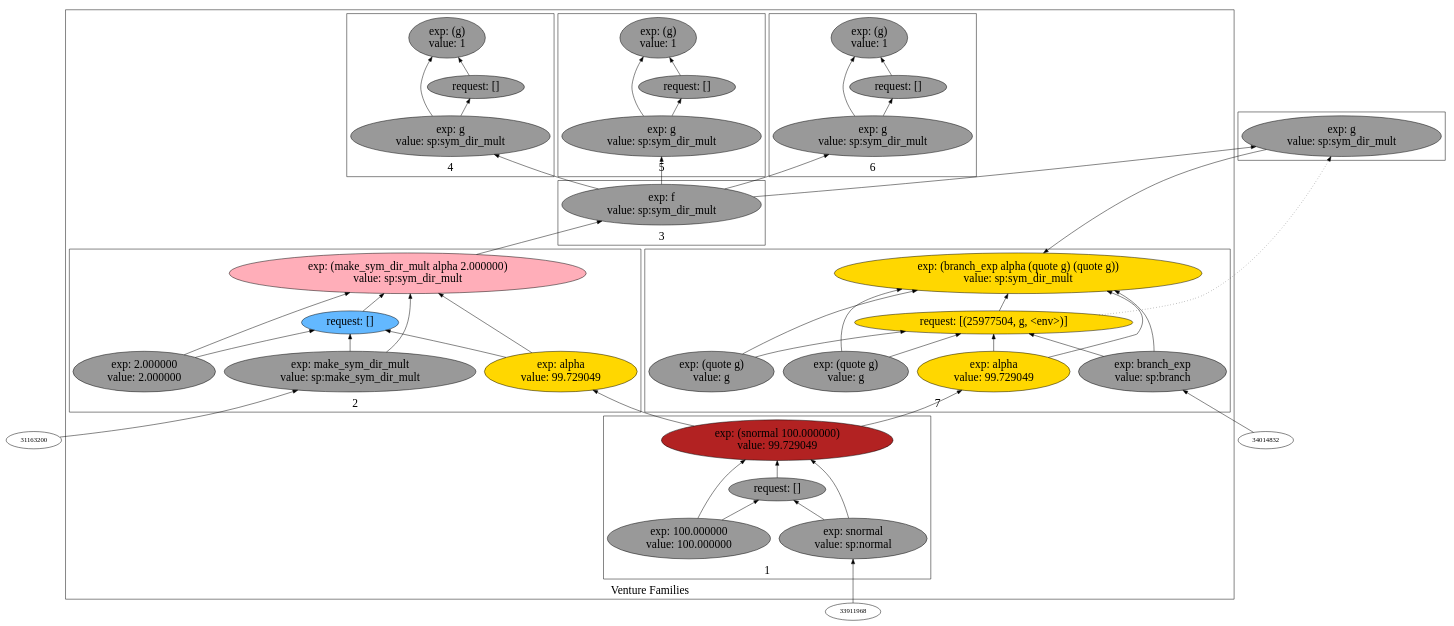
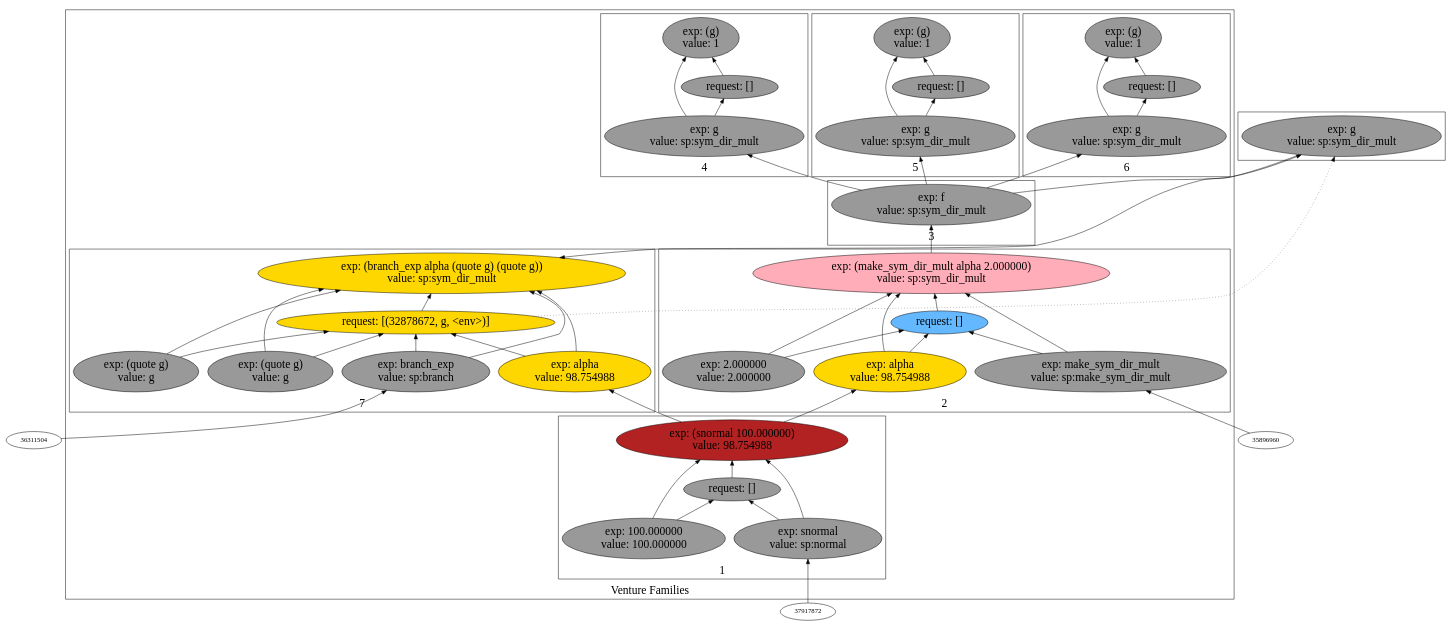
The diagram in backend/cxx/pdf_graphs/aaa_challenge_with_aaa/dot5.dot (probcomp/Venturecxx), drawn with Graphviz before and after one commit. The commit also changed 318 other files, not shown here.

```diff
--- a/backend/cxx/pdf_graphs/aaa_challenge_with_aaa/dot5.dot
+++ b/backend/cxx/pdf_graphs/aaa_challenge_with_aaa/dot5.dot
@@ -5,105 +5,105 @@
 label="Venture Families"
 subgraph cluster2 {
 label="1"
-"28401456"["fillcolor"="firebrick" "fontsize"="24" "label"="exp: (snormal 100.000000)\nvalue: 99.729049" "shape"="ellipse" "style"="filled" ]
-"32595744"["fillcolor"="grey60" "fontsize"="24" "label"="request: []" "shape"="ellipse" "style"="filled" ]
-"31197024"["fillcolor"="grey60" "fontsize"="24" "label"="exp: snormal\nvalue: sp:normal" "shape"="ellipse" "style"="filled" ]
-"33146560"["fillcolor"="grey60" "fontsize"="24" "label"="exp: 100.000000\nvalue: 100.000000" "shape"="ellipse" "style"="filled" ]
+"37356800"["fillcolor"="firebrick" "fontsize"="24" "label"="exp: (snormal 100.000000)\nvalue: 98.754988" "shape"="ellipse" "style"="filled" ]
+"38779248"["fillcolor"="grey60" "fontsize"="24" "label"="request: []" "shape"="ellipse" "style"="filled" ]
+"37253632"["fillcolor"="grey60" "fontsize"="24" "label"="exp: snormal\nvalue: sp:normal" "shape"="ellipse" "style"="filled" ]
+"31215360"["fillcolor"="grey60" "fontsize"="24" "label"="exp: 100.000000\nvalue: 100.000000" "shape"="ellipse" "style"="filled" ]
 }
 
 subgraph cluster3 {
 label="2"
-"26832768"["fillcolor"="lightpink1" "fontsize"="24" "label"="exp: (make_sym_dir_mult alpha 2.000000)\nvalue: sp:sym_dir_mult" "shape"="ellipse" "style"="filled" ]
-"31366272"["fillcolor"="steelblue1" "fontsize"="24" "label"="request: []" "shape"="ellipse" "style"="filled" ]
-"32104320"["fillcolor"="grey60" "fontsize"="24" "label"="exp: make_sym_dir_mult\nvalue: sp:make_sym_dir_mult" "shape"="ellipse" "style"="filled" ]
-"26343136"["fillcolor"="gold" "fontsize"="24" "label"="exp: alpha\nvalue: 99.729049" "shape"="ellipse" "style"="filled" ]
-"26820352"["fillcolor"="grey60" "fontsize"="24" "label"="exp: 2.000000\nvalue: 2.000000" "shape"="ellipse" "style"="filled" ]
+"37497584"["fillcolor"="lightpink1" "fontsize"="24" "label"="exp: (make_sym_dir_mult alpha 2.000000)\nvalue: sp:sym_dir_mult" "shape"="ellipse" "style"="filled" ]
+"36008416"["fillcolor"="steelblue1" "fontsize"="24" "label"="request: []" "shape"="ellipse" "style"="filled" ]
+"35758960"["fillcolor"="grey60" "fontsize"="24" "label"="exp: make_sym_dir_mult\nvalue: sp:make_sym_dir_mult" "shape"="ellipse" "style"="filled" ]
+"32504208"["fillcolor"="gold" "fontsize"="24" "label"="exp: alpha\nvalue: 98.754988" "shape"="ellipse" "style"="filled" ]
+"32794384"["fillcolor"="grey60" "fontsize"="24" "label"="exp: 2.000000\nvalue: 2.000000" "shape"="ellipse" "style"="filled" ]
 }
 
 subgraph cluster4 {
 label="3"
-"25906208"["fillcolor"="grey60" "fontsize"="24" "label"="exp: f\nvalue: sp:sym_dir_mult" "shape"="ellipse" "style"="filled" ]
+"31227776"["fillcolor"="grey60" "fontsize"="24" "label"="exp: f\nvalue: sp:sym_dir_mult" "shape"="ellipse" "style"="filled" ]
 }
 
 subgraph cluster5 {
 label="4"
-"26078976"["fillcolor"="grey60" "fontsize"="24" "label"="exp: (g)\nvalue: 1" "shape"="ellipse" "style"="filled" ]
-"27825008"["fillcolor"="grey60" "fontsize"="24" "label"="request: []" "shape"="ellipse" "style"="filled" ]
-"26358576"["fillcolor"="grey60" "fontsize"="24" "label"="exp: g\nvalue: sp:sym_dir_mult" "shape"="ellipse" "style"="filled" ]
+"34163504"["fillcolor"="grey60" "fontsize"="24" "label"="exp: (g)\nvalue: 1" "shape"="ellipse" "style"="filled" ]
+"32454352"["fillcolor"="grey60" "fontsize"="24" "label"="request: []" "shape"="ellipse" "style"="filled" ]
+"34460816"["fillcolor"="grey60" "fontsize"="24" "label"="exp: g\nvalue: sp:sym_dir_mult" "shape"="ellipse" "style"="filled" ]
 }
 
 subgraph cluster6 {
 label="5"
-"28485744"["fillcolor"="grey60" "fontsize"="24" "label"="exp: (g)\nvalue: 1" "shape"="ellipse" "style"="filled" ]
-"26830576"["fillcolor"="grey60" "fontsize"="24" "label"="request: []" "shape"="ellipse" "style"="filled" ]
-"26620336"["fillcolor"="grey60" "fontsize"="24" "label"="exp: g\nvalue: sp:sym_dir_mult" "shape"="ellipse" "style"="filled" ]
+"34491664"["fillcolor"="grey60" "fontsize"="24" "label"="exp: (g)\nvalue: 1" "shape"="ellipse" "style"="filled" ]
+"31841312"["fillcolor"="grey60" "fontsize"="24" "label"="request: []" "shape"="ellipse" "style"="filled" ]
+"31959104"["fillcolor"="grey60" "fontsize"="24" "label"="exp: g\nvalue: sp:sym_dir_mult" "shape"="ellipse" "style"="filled" ]
 }
 
 subgraph cluster7 {
 label="6"
-"29399760"["fillcolor"="grey60" "fontsize"="24" "label"="exp: (g)\nvalue: 1" "shape"="ellipse" "style"="filled" ]
-"27353328"["fillcolor"="grey60" "fontsize"="24" "label"="request: []" "shape"="ellipse" "style"="filled" ]
-"28957120"["fillcolor"="grey60" "fontsize"="24" "label"="exp: g\nvalue: sp:sym_dir_mult" "shape"="ellipse" "style"="filled" ]
+"32219424"["fillcolor"="grey60" "fontsize"="24" "label"="exp: (g)\nvalue: 1" "shape"="ellipse" "style"="filled" ]
+"30766480"["fillcolor"="grey60" "fontsize"="24" "label"="request: []" "shape"="ellipse" "style"="filled" ]
+"30473984"["fillcolor"="grey60" "fontsize"="24" "label"="exp: g\nvalue: sp:sym_dir_mult" "shape"="ellipse" "style"="filled" ]
 }
 
 subgraph cluster8 {
 label="7"
-"29327632"["fillcolor"="gold" "fontsize"="24" "label"="exp: (branch_exp alpha (quote g) (quote g))\nvalue: sp:sym_dir_mult" "shape"="ellipse" "style"="filled" ]
-"25977504"["fillcolor"="gold" "fontsize"="24" "label"="request: [(25977504, g, <env>)]" "shape"="ellipse" "style"="filled" ]
-"29359040"["fillcolor"="grey60" "fontsize"="24" "label"="exp: branch_exp\nvalue: sp:branch" "shape"="ellipse" "style"="filled" ]
-"30137280"["fillcolor"="gold" "fontsize"="24" "label"="exp: alpha\nvalue: 99.729049" "shape"="ellipse" "style"="filled" ]
-"30136448"["fillcolor"="grey60" "fontsize"="24" "label"="exp: (quote g)\nvalue: g" "shape"="ellipse" "style"="filled" ]
-"31805840"["fillcolor"="grey60" "fontsize"="24" "label"="exp: (quote g)\nvalue: g" "shape"="ellipse" "style"="filled" ]
+"31015344"["fillcolor"="gold" "fontsize"="24" "label"="exp: (branch_exp alpha (quote g) (quote g))\nvalue: sp:sym_dir_mult" "shape"="ellipse" "style"="filled" ]
+"32878672"["fillcolor"="gold" "fontsize"="24" "label"="request: [(32878672, g, <env>)]" "shape"="ellipse" "style"="filled" ]
+"31225584"["fillcolor"="grey60" "fontsize"="24" "label"="exp: branch_exp\nvalue: sp:branch" "shape"="ellipse" "style"="filled" ]
+"30372512"["fillcolor"="gold" "fontsize"="24" "label"="exp: alpha\nvalue: 98.754988" "shape"="ellipse" "style"="filled" ]
+"33378608"["fillcolor"="grey60" "fontsize"="24" "label"="exp: (quote g)\nvalue: g" "shape"="ellipse" "style"="filled" ]
+"32496912"["fillcolor"="grey60" "fontsize"="24" "label"="exp: (quote g)\nvalue: g" "shape"="ellipse" "style"="filled" ]
 }
 
 }
 
 subgraph cluster9 {
 label=""
-"24384944"["fillcolor"="grey60" "fontsize"="24" "label"="exp: g\nvalue: sp:sym_dir_mult" "shape"="ellipse" "style"="filled" ]
+"33795600"["fillcolor"="grey60" "fontsize"="24" "label"="exp: g\nvalue: sp:sym_dir_mult" "shape"="ellipse" "style"="filled" ]
 }
 
-"25906208" -> "24384944"["arrowhead"="normal" "color"="black" "constraint"="true" "style"="solid" ]
-"26832768" -> "25906208"["arrowhead"="normal" "color"="black" "constraint"="true" "style"="solid" ]
-"26358576" -> "26078976"["arrowhead"="normal" "color"="black" "constraint"="true" "style"="solid" ]
-"26358576" -> "27825008"["arrowhead"="normal" "color"="black" "constraint"="true" "style"="solid" ]
-"25906208" -> "26358576"["arrowhead"="normal" "color"="black" "constraint"="true" "style"="solid" ]
-"27825008" -> "26078976"["arrowhead"="normal" "color"="black" "constraint"="true" "style"="solid" ]
-"32104320" -> "26832768"["arrowhead"="normal" "color"="black" "constraint"="true" "style"="solid" ]
-"32104320" -> "31366272"["arrowhead"="normal" "color"="black" "constraint"="true" "style"="solid" ]
-"31163200" -> "32104320"["arrowhead"="normal" "color"="black" "constraint"="true" "style"="solid" ]
-"26343136" -> "26832768"["arrowhead"="normal" "color"="black" "constraint"="true" "style"="solid" ]
-"26343136" -> "31366272"["arrowhead"="normal" "color"="black" "constraint"="true" "style"="solid" ]
-"28401456" -> "26343136"["arrowhead"="normal" "color"="black" "constraint"="true" "style"="solid" ]
-"26820352" -> "26832768"["arrowhead"="normal" "color"="black" "constraint"="true" "style"="solid" ]
-"26820352" -> "31366272"["arrowhead"="normal" "color"="black" "constraint"="true" "style"="solid" ]
-"31366272" -> "26832768"["arrowhead"="normal" "color"="black" "constraint"="true" "style"="solid" ]
-"31197024" -> "28401456"["arrowhead"="normal" "color"="black" "constraint"="true" "style"="solid" ]
-"31197024" -> "32595744"["arrowhead"="normal" "color"="black" "constraint"="true" "style"="solid" ]
-"33911968" -> "31197024"["arrowhead"="normal" "color"="black" "constraint"="true" "style"="solid" ]
-"33146560" -> "28401456"["arrowhead"="normal" "color"="black" "constraint"="true" "style"="solid" ]
-"33146560" -> "32595744"["arrowhead"="normal" "color"="black" "constraint"="true" "style"="solid" ]
-"32595744" -> "28401456"["arrowhead"="normal" "color"="black" "constraint"="true" "style"="solid" ]
-"26620336" -> "28485744"["arrowhead"="normal" "color"="black" "constraint"="true" "style"="solid" ]
-"26620336" -> "26830576"["arrowhead"="normal" "color"="black" "constraint"="true" "style"="solid" ]
-"25906208" -> "26620336"["arrowhead"="normal" "color"="black" "constraint"="true" "style"="solid" ]
-"26830576" -> "28485744"["arrowhead"="normal" "color"="black" "constraint"="true" "style"="solid" ]
-"29359040" -> "29327632"["arrowhead"="normal" "color"="black" "constraint"="true" "style"="solid" ]
-"29359040" -> "25977504"["arrowhead"="normal" "color"="black" "constraint"="true" "style"="solid" ]
-"34014832" -> "29359040"["arrowhead"="normal" "color"="black" "constraint"="true" "style"="solid" ]
-"30137280" -> "29327632"["arrowhead"="normal" "color"="black" "constraint"="true" "style"="solid" ]
-"30137280" -> "25977504"["arrowhead"="normal" "color"="black" "constraint"="true" "style"="solid" ]
-"28401456" -> "30137280"["arrowhead"="normal" "color"="black" "constraint"="true" "style"="solid" ]
-"30136448" -> "29327632"["arrowhead"="normal" "color"="black" "constraint"="true" "style"="solid" ]
-"30136448" -> "25977504"["arrowhead"="normal" "color"="black" "constraint"="true" "style"="solid" ]
-"31805840" -> "29327632"["arrowhead"="normal" "color"="black" "constraint"="true" "style"="solid" ]
-"31805840" -> "25977504"["arrowhead"="normal" "color"="black" "constraint"="true" "style"="solid" ]
-"25977504" -> "29327632"["arrowhead"="normal" "color"="black" "constraint"="true" "style"="solid" ]
-"24384944" -> "29327632"["arrowhead"="normal" "color"="black" "constraint"="true" "style"="solid" ]
-"25977504" -> "24384944"["arrowhead"="normal" "color"="black" "constraint"="false" "style"="dotted" ]
-"28957120" -> "29399760"["arrowhead"="normal" "color"="black" "constraint"="true" "style"="solid" ]
-"28957120" -> "27353328"["arrowhead"="normal" "color"="black" "constraint"="true" "style"="solid" ]
-"25906208" -> "28957120"["arrowhead"="normal" "color"="black" "constraint"="true" "style"="solid" ]
-"27353328" -> "29399760"["arrowhead"="normal" "color"="black" "constraint"="true" "style"="solid" ]
+"31225584" -> "31015344"["arrowhead"="normal" "color"="black" "constraint"="true" "style"="solid" ]
+"31225584" -> "32878672"["arrowhead"="normal" "color"="black" "constraint"="true" "style"="solid" ]
+"36311504" -> "31225584"["arrowhead"="normal" "color"="black" "constraint"="true" "style"="solid" ]
+"30372512" -> "31015344"["arrowhead"="normal" "color"="black" "constraint"="true" "style"="solid" ]
+"30372512" -> "32878672"["arrowhead"="normal" "color"="black" "constraint"="true" "style"="solid" ]
+"37356800" -> "30372512"["arrowhead"="normal" "color"="black" "constraint"="true" "style"="solid" ]
+"33378608" -> "31015344"["arrowhead"="normal" "color"="black" "constraint"="true" "style"="solid" ]
+"33378608" -> "32878672"["arrowhead"="normal" "color"="black" "constraint"="true" "style"="solid" ]
+"32496912" -> "31015344"["arrowhead"="normal" "color"="black" "constraint"="true" "style"="solid" ]
+"32496912" -> "32878672"["arrowhead"="normal" "color"="black" "constraint"="true" "style"="solid" ]
+"32878672" -> "31015344"["arrowhead"="normal" "color"="black" "constraint"="true" "style"="solid" ]
+"33795600" -> "31015344"["arrowhead"="normal" "color"="black" "constraint"="true" "style"="solid" ]
+"32878672" -> "33795600"["arrowhead"="normal" "color"="black" "constraint"="false" "style"="dotted" ]
+"37497584" -> "31227776"["arrowhead"="normal" "color"="black" "constraint"="true" "style"="solid" ]
+"30473984" -> "32219424"["arrowhead"="normal" "color"="black" "constraint"="true" "style"="solid" ]
+"30473984" -> "30766480"["arrowhead"="normal" "color"="black" "constraint"="true" "style"="solid" ]
+"31227776" -> "30473984"["arrowhead"="normal" "color"="black" "constraint"="true" "style"="solid" ]
+"30766480" -> "32219424"["arrowhead"="normal" "color"="black" "constraint"="true" "style"="solid" ]
+"31227776" -> "33795600"["arrowhead"="normal" "color"="black" "constraint"="true" "style"="solid" ]
+"34460816" -> "34163504"["arrowhead"="normal" "color"="black" "constraint"="true" "style"="solid" ]
+"34460816" -> "32454352"["arrowhead"="normal" "color"="black" "constraint"="true" "style"="solid" ]
+"31227776" -> "34460816"["arrowhead"="normal" "color"="black" "constraint"="true" "style"="solid" ]
+"32454352" -> "34163504"["arrowhead"="normal" "color"="black" "constraint"="true" "style"="solid" ]
+"31959104" -> "34491664"["arrowhead"="normal" "color"="black" "constraint"="true" "style"="solid" ]
+"31959104" -> "31841312"["arrowhead"="normal" "color"="black" "constraint"="true" "style"="solid" ]
+"31227776" -> "31959104"["arrowhead"="normal" "color"="black" "constraint"="true" "style"="solid" ]
+"31841312" -> "34491664"["arrowhead"="normal" "color"="black" "constraint"="true" "style"="solid" ]
+"37253632" -> "37356800"["arrowhead"="normal" "color"="black" "constraint"="true" "style"="solid" ]
+"37253632" -> "38779248"["arrowhead"="normal" "color"="black" "constraint"="true" "style"="solid" ]
+"37917872" -> "37253632"["arrowhead"="normal" "color"="black" "constraint"="true" "style"="solid" ]
+"31215360" -> "37356800"["arrowhead"="normal" "color"="black" "constraint"="true" "style"="solid" ]
+"31215360" -> "38779248"["arrowhead"="normal" "color"="black" "constraint"="true" "style"="solid" ]
+"38779248" -> "37356800"["arrowhead"="normal" "color"="black" "constraint"="true" "style"="solid" ]
+"35758960" -> "37497584"["arrowhead"="normal" "color"="black" "constraint"="true" "style"="solid" ]
+"35758960" -> "36008416"["arrowhead"="normal" "color"="black" "constraint"="true" "style"="solid" ]
+"35896960" -> "35758960"["arrowhead"="normal" "color"="black" "constraint"="true" "style"="solid" ]
+"32504208" -> "37497584"["arrowhead"="normal" "color"="black" "constraint"="true" "style"="solid" ]
+"32504208" -> "36008416"["arrowhead"="normal" "color"="black" "constraint"="true" "style"="solid" ]
+"37356800" -> "32504208"["arrowhead"="normal" "color"="black" "constraint"="true" "style"="solid" ]
+"32794384" -> "37497584"["arrowhead"="normal" "color"="black" "constraint"="true" "style"="solid" ]
+"32794384" -> "36008416"["arrowhead"="normal" "color"="black" "constraint"="true" "style"="solid" ]
+"36008416" -> "37497584"["arrowhead"="normal" "color"="black" "constraint"="true" "style"="solid" ]
 
 }
```
